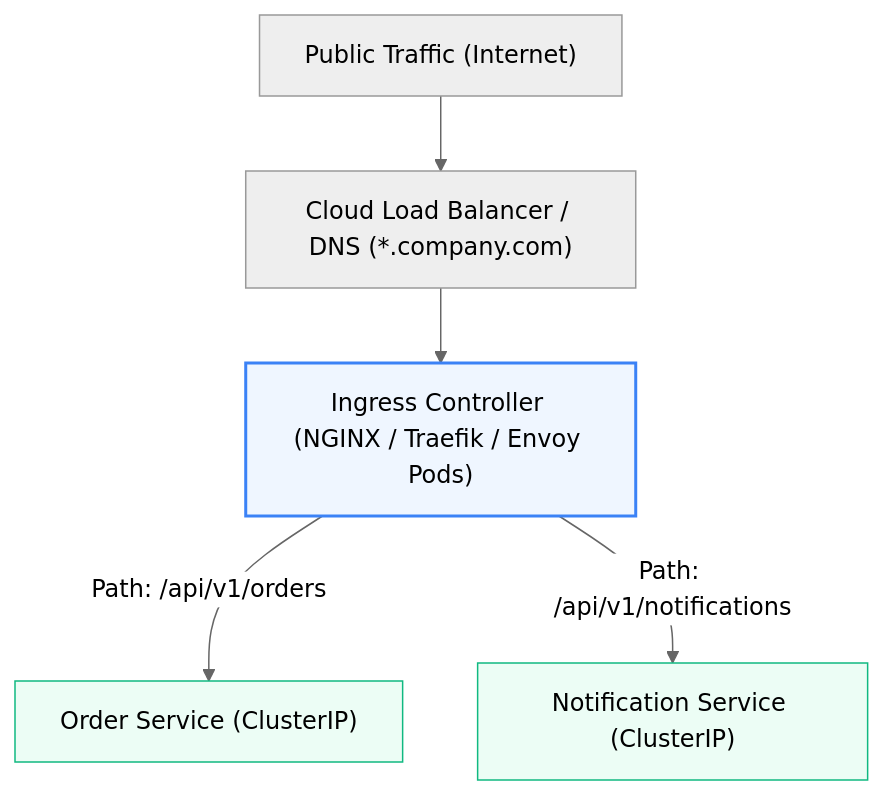
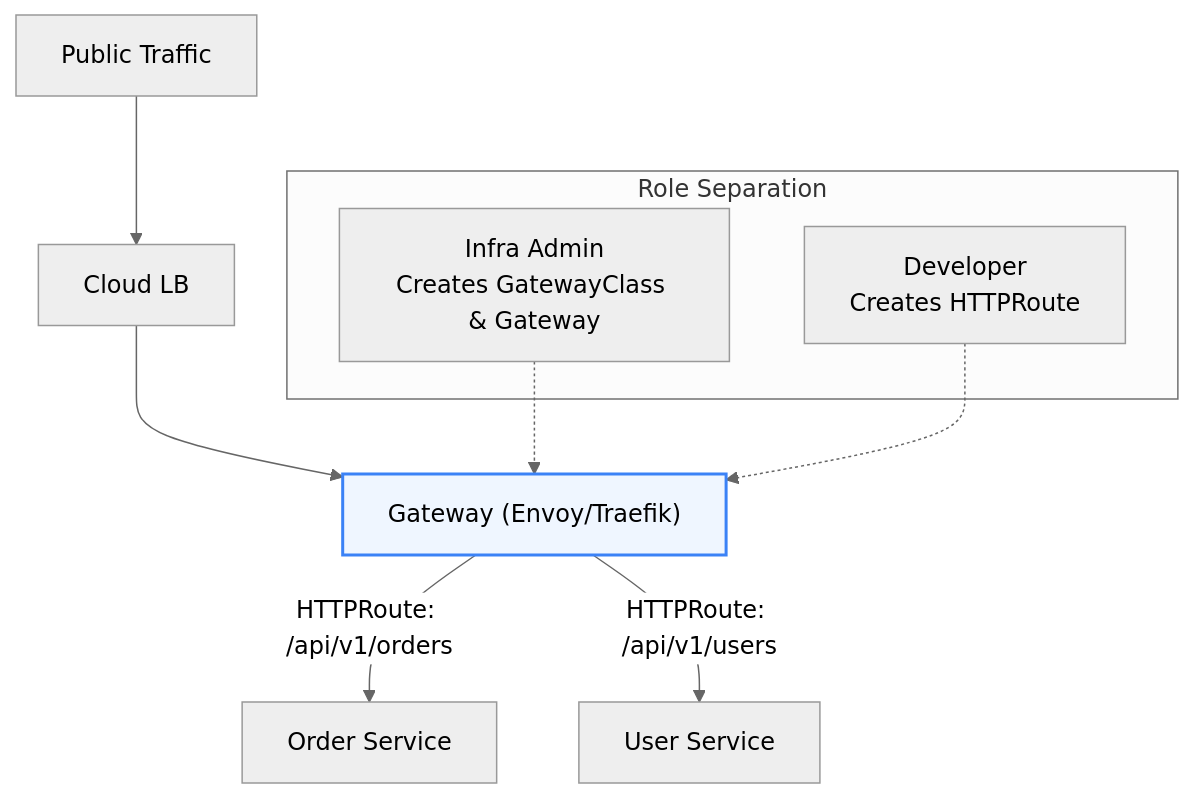
One commit to PandeyKishan/Study-Notes changed the third of 3 diagrams in 02-Kubernetes/03-Networking-Services-and-Ingress.md. Above: the diagram before and after it, drawn with Mermaid (neutral theme). The commit also changed other lines of this file and 38 other files, not shown here.

````diff
--- a/02-Kubernetes/03-Networking-Services-and-Ingress.md
+++ b/02-Kubernetes/03-Networking-Services-and-Ingress.md
@@ -103,12 +104,18 @@
 ```mermaid
 flowchart TD
-    Internet["Public Traffic (Internet)"] --> LB["Cloud Load Balancer / DNS (*.company.com)"]
-    LB --> IC["Ingress Controller (NGINX / Traefik / Envoy Pods)"]
+    Internet["Public Traffic"] --> LB["Cloud LB"]
+    LB --> Gateway["Gateway (Envoy/Traefik)"]
     
-    IC -->|Path: /api/v1/orders| Svc1["Order Service (ClusterIP)"]
-    IC -->|Path: /api/v1/notifications| Svc2["Notification Service (ClusterIP)"]
+    Gateway -->|HTTPRoute: /api/v1/orders| Svc1["Order Service"]
+    Gateway -->|HTTPRoute: /api/v1/users| Svc2["User Service"]
+    
+    subgraph "Role Separation"
+        Admin["Infra Admin\nCreates GatewayClass & Gateway"]
+        Dev["Developer\nCreates HTTPRoute"]
+    end
 
-    style IC fill:#eff6ff,stroke:#3b82f6,stroke-width:2px
-    style Svc1 fill:#ecfdf5,stroke:#10b981,stroke-width:1px
-    style Svc2 fill:#ecfdf5,stroke:#10b981,stroke-width:1px
+    Admin -.-> Gateway
+    Dev -.-> Gateway
+
+    style Gateway fill:#eff6ff,stroke:#3b82f6,stroke-width:2px
 ```
````
